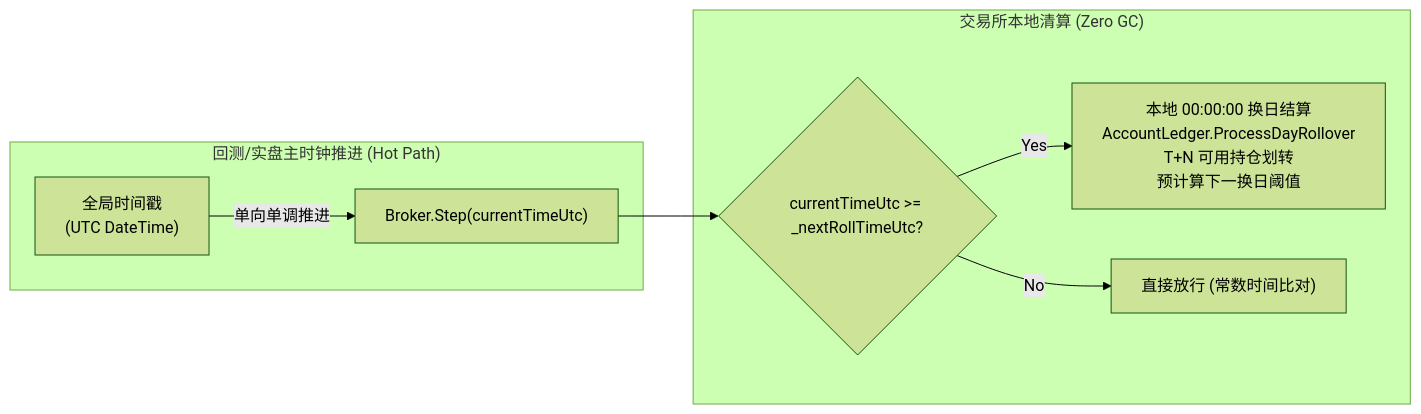
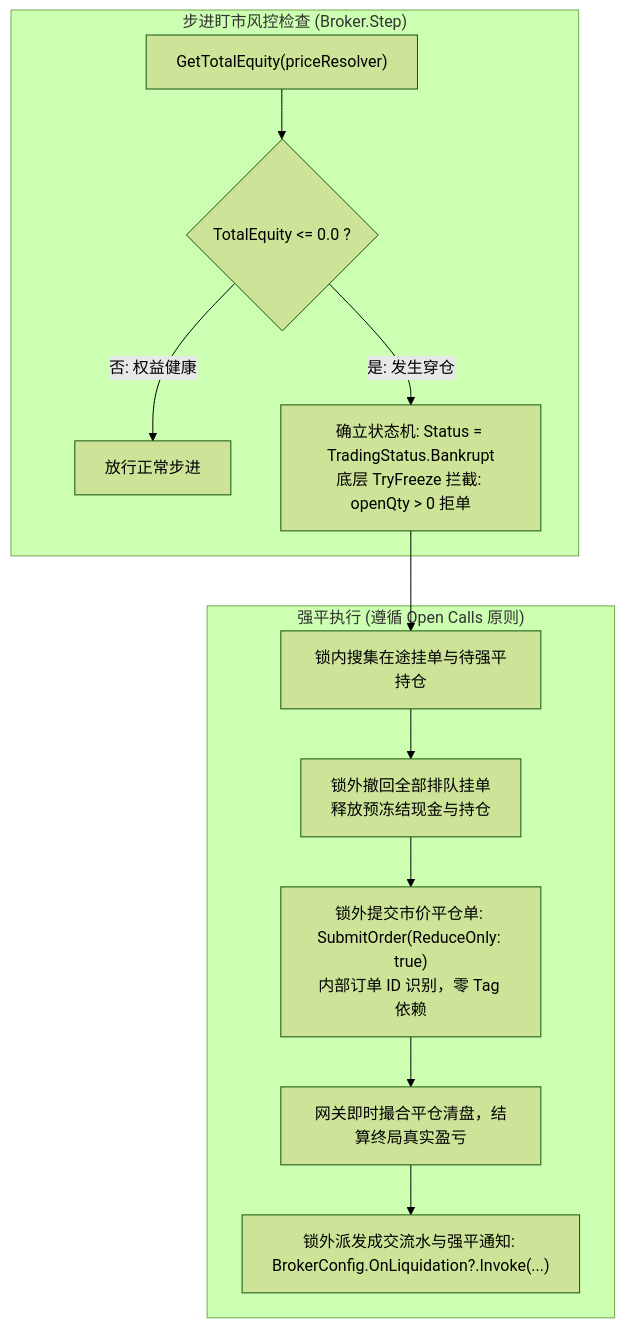
The fourth of 4 diagrams in docs/broker.md (CRThu/CarrotQuant.Net), drawn with Mermaid (forest theme) before and after one commit. The commit also changed other lines of this file and 23 other files, not shown here.

````diff
--- a/docs/broker.md
+++ b/docs/broker.md
@@ -210,12 +259,16 @@
 ```mermaid
-flowchart LR
-    subgraph HotLoop ["回测/实盘主时钟推进 (Hot Path)"]
-        UTCGrid["全局时间戳<br>(UTC DateTime)"] -->|单向单调推进| BrokerStep["Broker.Step(currentTimeUtc)"]
+flowchart TD
+    subgraph Check ["步进盯市风控检查 (Broker.Step)"]
+        C1["GetTotalEquity(priceResolver)"] --> C2{"TotalEquity <= 0.0 ?"}
+        C2 -->|否: 权益健康| C3["放行正常步进"]
+        C2 -->|是: 发生穿仓| C4["确立状态机: Status = TradingStatus.Bankrupt<br>底层 TryFreeze 拦截: openQty > 0 拒单"]
     end
 
-    subgraph SettleLogic ["交易所本地清算 (Zero GC)"]
-        BrokerStep --> Check{"currentTimeUtc >= _nextRollTimeUtc?"}
-        Check -->|Yes| DoRoll["本地 00:00:00 换日结算<br>AccountLedger.ProcessDayRollover<br>T+N 可用持仓划转<br>预计算下一换日阈值"]
-        Check -->|No| FastPass["直接放行 (常数时间比对)"]
+    subgraph Clear ["强平执行 (遵循 Open Calls 原则)"]
+        C4 --> L1["锁内搜集在途挂单与待强平持仓"]
+        L1 --> L2["锁外撤回全部排队挂单<br>释放预冻结现金与持仓"]
+        L2 --> L3["锁外提交市价平仓单: SubmitOrder(ReduceOnly: true)<br>内部订单 ID 识别，零 Tag 依赖"]
+        L3 --> L4["网关即时撮合平仓清盘，结算终局真实盈亏"]
+        L4 --> L5["锁外派发成交流水与强平通知: BrokerConfig.OnLiquidation?.Invoke(...)"]
     end
 ```
````
